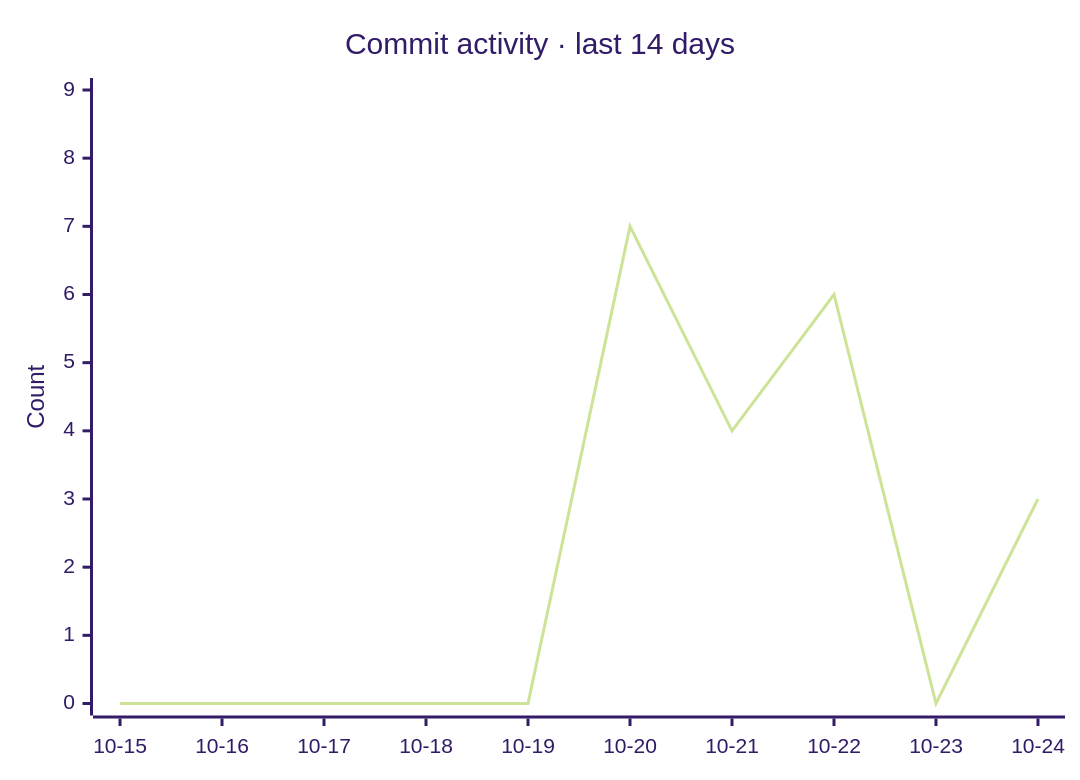
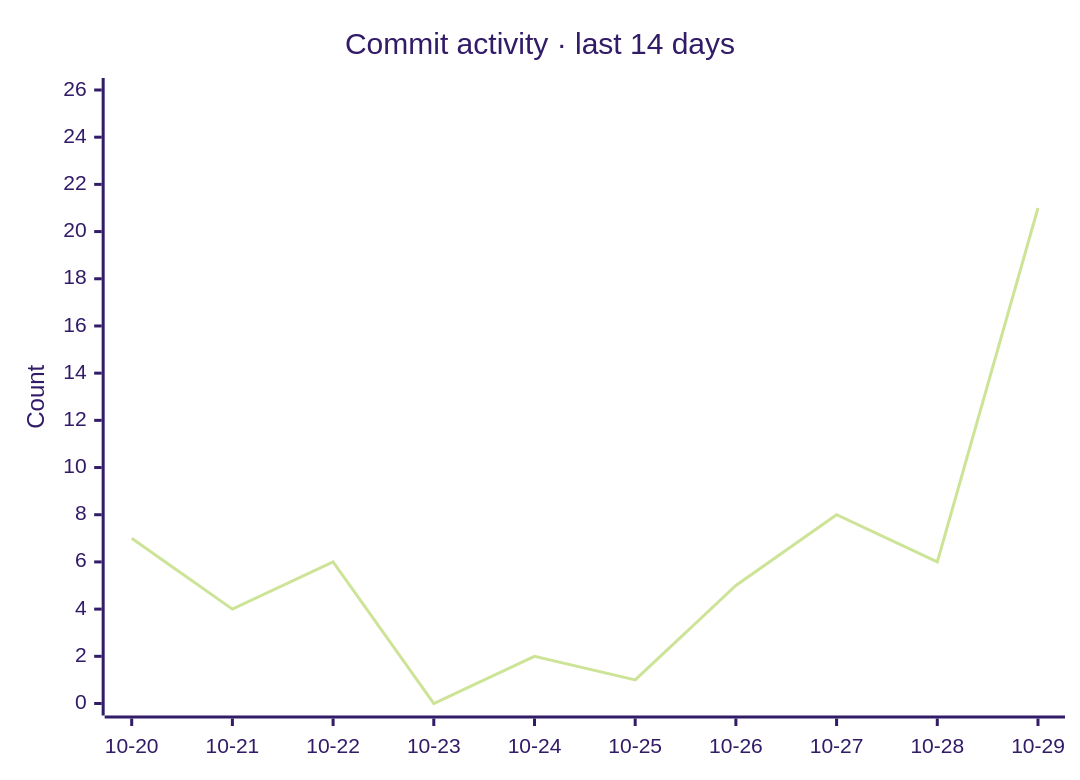
One commit to razzaqinspires/whiskay-bot changed the second of 2 diagrams in README.md. Above: the diagram before and after it, drawn with Mermaid (forest theme). The commit also changed other lines of this file and 2 other files, not shown here.

Commit message:
chore(metrics): refresh GitHub traffic and update timestamp [skip ci]

````diff
--- a/README.md
+++ b/README.md
@@ -322,7 +322,7 @@
 ```mermaid
 xychart-beta
     title "Commit activity · last 14 days"
-    x-axis ["10-15", "10-16", "10-17", "10-18", "10-19", "10-20", "10-21", "10-22", "10-23", "10-24"]
-    y-axis "Count" 0 --> 9
-    line [0, 0, 0, 0, 0, 7, 4, 6, 0, 3]
+    x-axis ["10-20", "10-21", "10-22", "10-23", "10-24", "10-25", "10-26", "10-27", "10-28", "10-29"]
+    y-axis "Count" 0 --> 26
+    line [7, 4, 6, 0, 2, 1, 5, 8, 6, 21]
 ```
````
